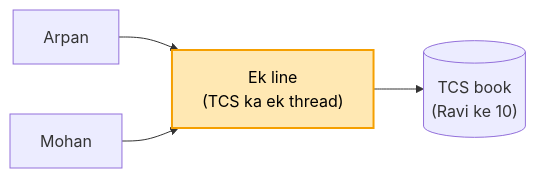
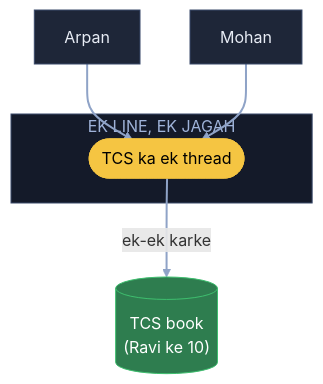
The fourth of 9 diagrams in 04_HLD/SYSTEM_DESIGNS/05_stock_broker_trading/05_stock_broker_trading.md (ArpanMaheshwari144/Prep), drawn with Mermaid before and after one commit. The commit also changed other lines of this file, not shown here.

Commit message:
Stock: 9 diagram YouTube (reel) wale card andaaz me

````diff
--- a/04_HLD/SYSTEM_DESIGNS/05_stock_broker_trading/05_stock_broker_trading.md
+++ b/04_HLD/SYSTEM_DESIGNS/05_stock_broker_trading/05_stock_broker_trading.md
@@ -94,7 +129,18 @@
 ```mermaid
-flowchart LR
-    A["Arpan"] --> Q["Ek line<br/>(TCS ka ek thread)"]
-    M["Mohan"] --> Q
-    Q --> B[("TCS book<br/>(Ravi ke 10)")]
-    style Q fill:#ffe8b3,stroke:#f59f00,stroke-width:2px,color:#000
+flowchart TB
+    A["Arpan"]:::card
+    M["Mohan"]:::card
+    subgraph EL["EK LINE, EK JAGAH"]
+        Q(["TCS ka ek thread"]):::pill
+    end
+    B[("TCS book<br/>(Ravi ke 10)")]:::good
+    A --> Q
+    M --> Q
+    Q -- "ek-ek karke" --> B
+    linkStyle default stroke:#8fa3c7,stroke-width:2px
+    classDef card fill:#1e2638,stroke:#3a4a6b,color:#e8ecf5
+    classDef pill fill:#f5c542,stroke:#f5c542,color:#000
+    classDef good fill:#2e7d4f,stroke:#3fbf6f,color:#fff
+    classDef bad fill:#5c1f24,stroke:#e05561,color:#fff
+    style EL fill:#141a29,stroke:#3a4a6b,color:#9fb3d9
 ```
````
